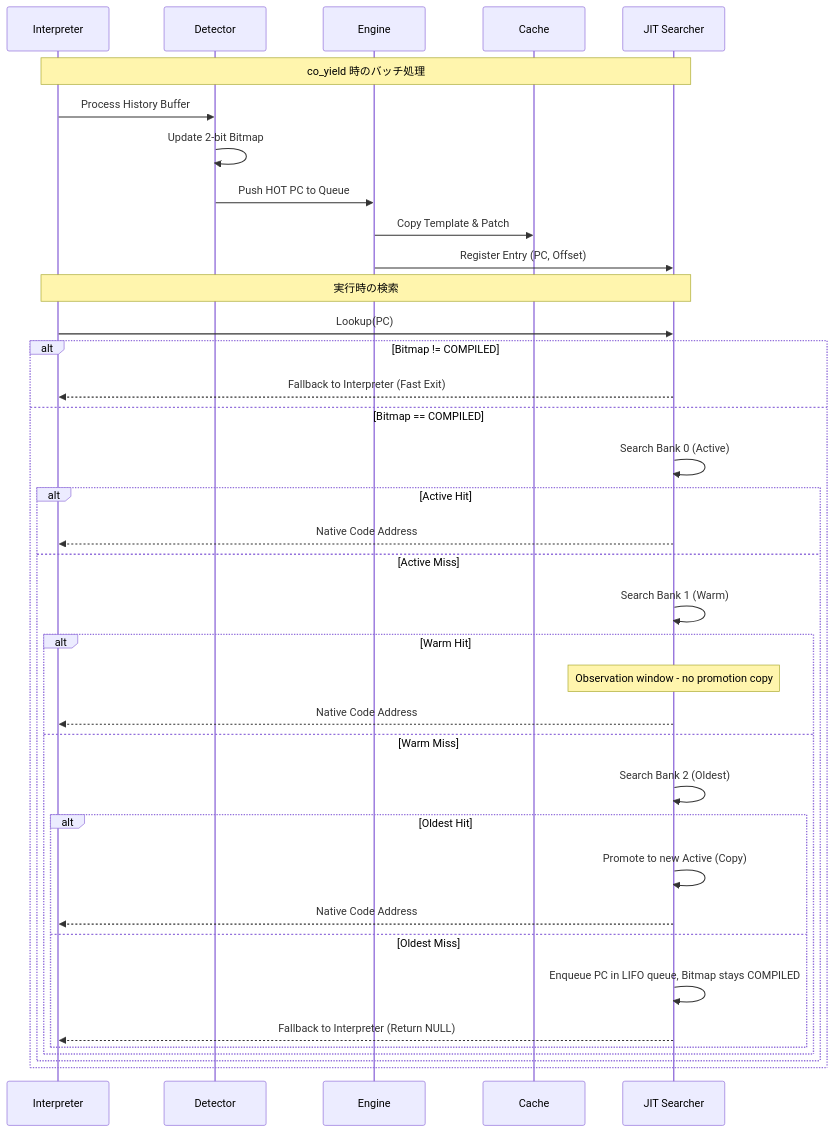
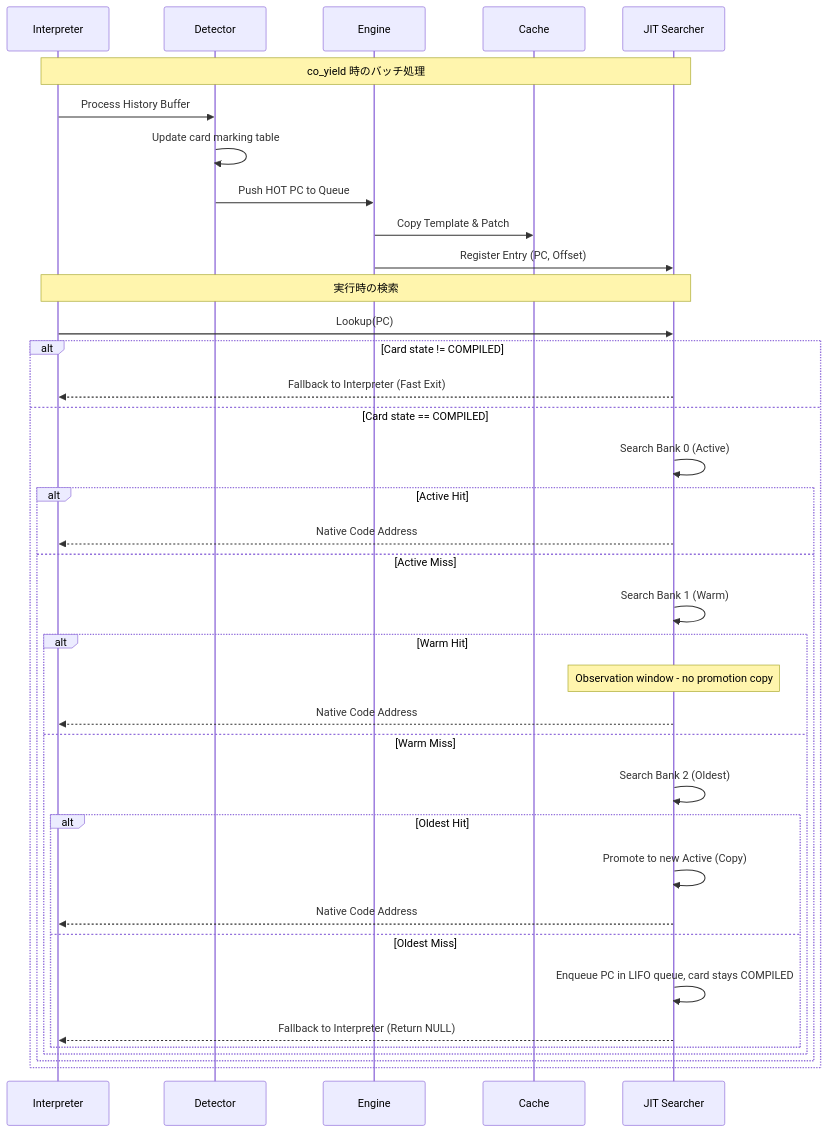
The third of 3 diagrams in docs/components/tier3_jit/jit_compiler.md (kmt-t/fireball), drawn with Mermaid before and after one commit. The commit also changed other lines of this file and 20 other files, not shown here.

````diff
--- a/docs/components/tier3_jit/jit_compiler.md
+++ b/docs/components/tier3_jit/jit_compiler.md
@@ -212,41 +212,41 @@
 ```mermaid
 sequenceDiagram
     participant I as Interpreter
     participant D as Detector
     participant E as Engine
     participant C as Cache
     participant S as JIT Searcher
 
     Note over I, S: co_yield 時のバッチ処理
     I->>D: Process History Buffer
-    D->>D: Update 2-bit Bitmap
+    D->>D: Update card marking table
     D->>E: Push HOT PC to Queue
     E->>C: Copy Template & Patch
     E->>S: Register Entry (PC, Offset)
     
     Note over I, S: 実行時の検索
     I->>S: Lookup(PC)
-    alt Bitmap != COMPILED
+    alt Card state != COMPILED
         S-->>I: Fallback to Interpreter (Fast Exit)
-    else Bitmap == COMPILED
+    else Card state == COMPILED
         S->>S: Search Bank 0 (Active)
         alt Active Hit
             S-->>I: Native Code Address
         else Active Miss
             S->>S: Search Bank 1 (Warm)
             alt Warm Hit
                 Note over S: Observation window - no promotion copy
                 S-->>I: Native Code Address
             else Warm Miss
                 S->>S: Search Bank 2 (Oldest)
                 alt Oldest Hit
                     S->>S: Promote to new Active (Copy)
                     S-->>I: Native Code Address
                 else Oldest Miss
-                    S->>S: Enqueue PC in LIFO queue, Bitmap stays COMPILED
+                    S->>S: Enqueue PC in LIFO queue, card stays COMPILED
                     S-->>I: Fallback to Interpreter (Return NULL)
                 end
             end
         end
     end
 ```
````
